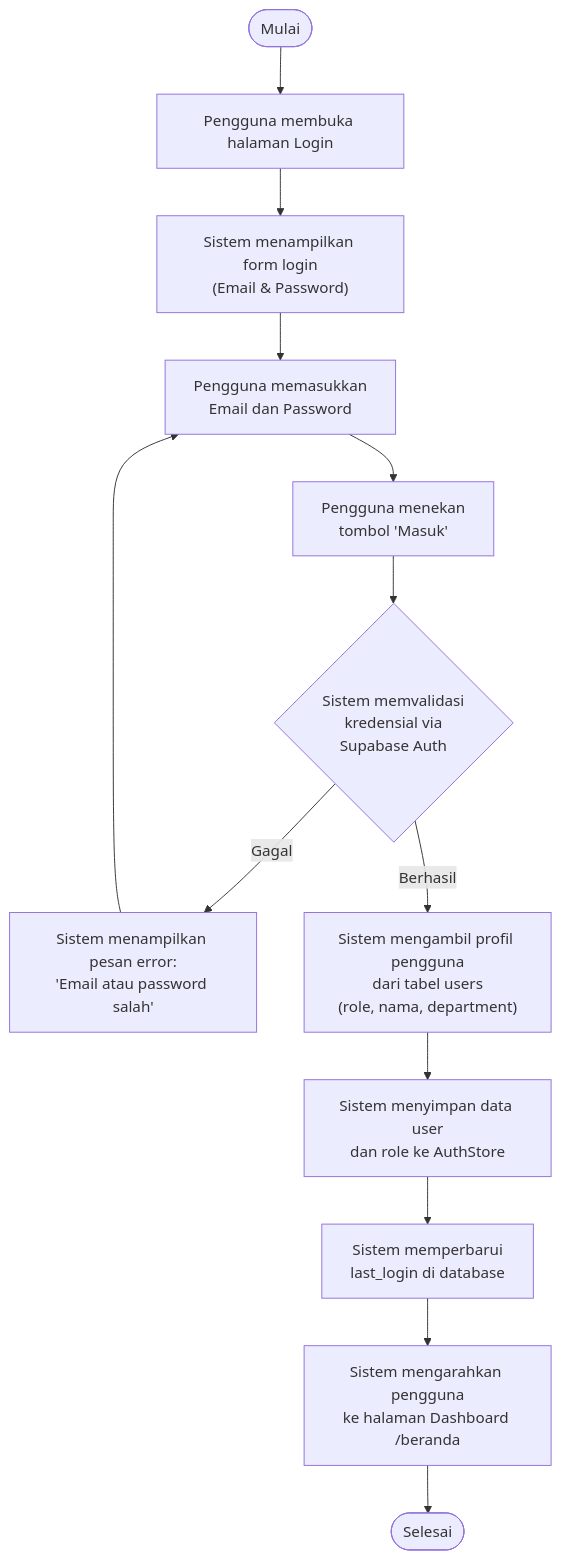
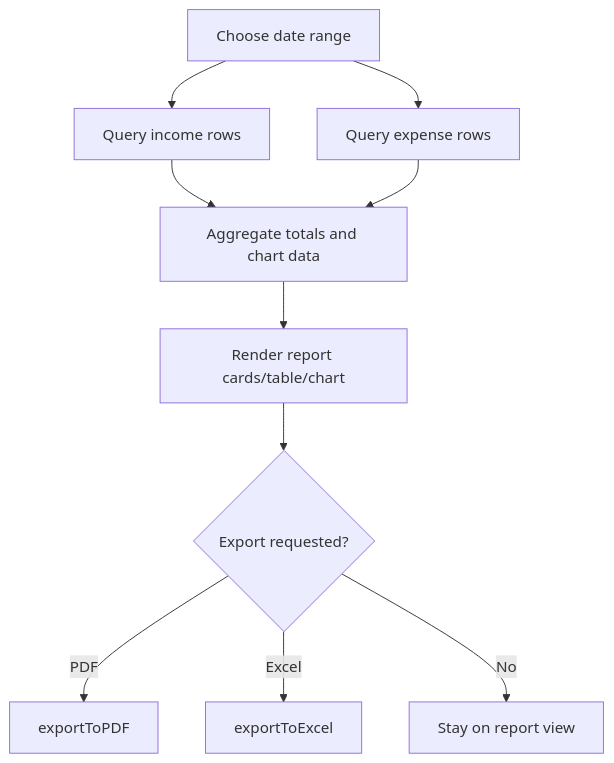
One commit to aadvxe/Gmera-Solusi changed the fourth of 5 diagrams in docs/diagram.md. Above: the diagram before and after it, drawn with Mermaid. The commit also changed other lines of this file and 7 other files, not shown here.

````diff
--- a/docs/diagram.md
+++ b/docs/diagram.md
@@ -141,15 +57,12 @@
 ```mermaid
 flowchart TD
-    A([Mulai]) --> B["Pengguna membuka halaman Login"]
-    B --> C["Sistem menampilkan form login\n(Email & Password)"]
-    C --> D["Pengguna memasukkan\nEmail dan Password"]
-    D --> E["Pengguna menekan\ntombol 'Masuk'"]
-    E --> F{"Sistem memvalidasi\nkredensial via\nSupabase Auth"}
-    F -->|Gagal| G["Sistem menampilkan pesan error:\n'Email atau password salah'"]
-    G --> D
-    F -->|Berhasil| H["Sistem mengambil profil pengguna\ndari tabel users\n(role, nama, department)"]
-    H --> I["Sistem menyimpan data user\ndan role ke AuthStore"]
-    I --> J["Sistem memperbarui\nlast_login di database"]
-    J --> K["Sistem mengarahkan pengguna\nke halaman Dashboard /beranda"]
-    K --> L([Selesai])
+  A["Choose date range"] --> B["Query income rows"]
+  A --> C["Query expense rows"]
+  B --> D["Aggregate totals and chart data"]
+  C --> D
+  D --> E["Render report cards/table/chart"]
+  E --> F{"Export requested?"}
+  F -->|PDF| G["exportToPDF"]
+  F -->|Excel| H["exportToExcel"]
+  F -->|No| I["Stay on report view"]
 ```
````
